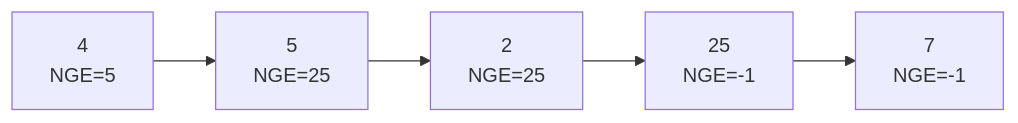
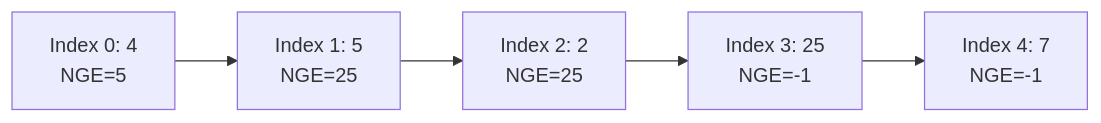
The diagram in practical_exam/q5_next_greater_element.md (Hike-12/CCP), drawn with Mermaid before and after one commit. The commit also changed other lines of this file and 17 other files, not shown here.

````diff
--- a/practical_exam/q5_next_greater_element.md
+++ b/practical_exam/q5_next_greater_element.md
@@ -67,4 +146,4 @@
 ```mermaid
 graph LR
-    A4["4\nNGE=5"] --> A5["5\nNGE=25"] --> A2["2\nNGE=25"] --> A25["25\nNGE=-1"] --> A7["7\nNGE=-1"]
+    A4["Index 0: 4\nNGE=5"] --> A5["Index 1: 5\nNGE=25"] --> A2["Index 2: 2\nNGE=25"] --> A25["Index 3: 25\nNGE=-1"] --> A7["Index 4: 7\nNGE=-1"]
 ```
````
